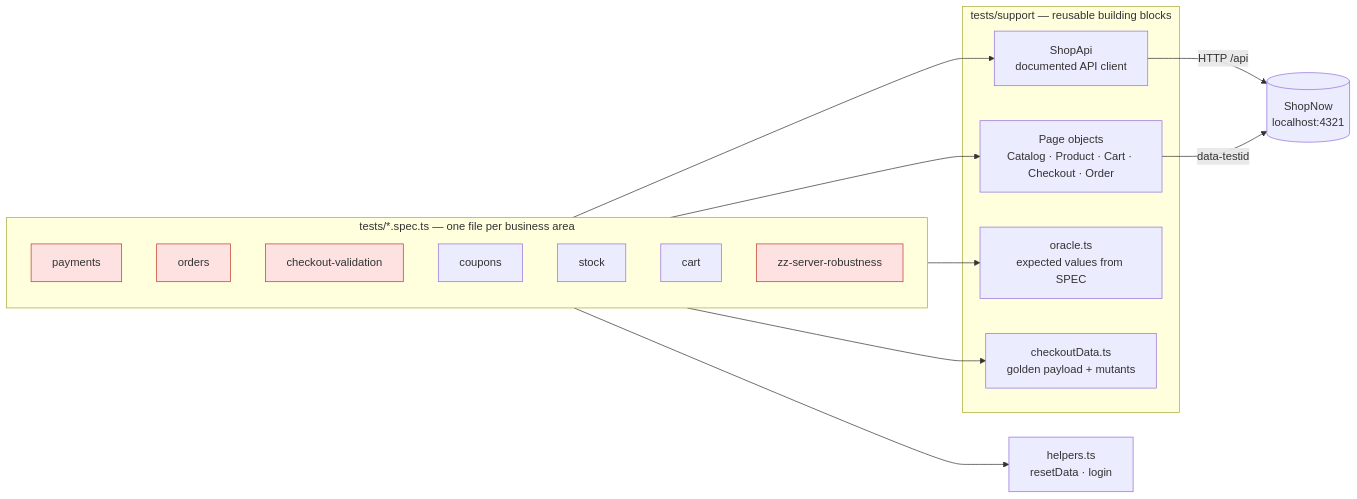
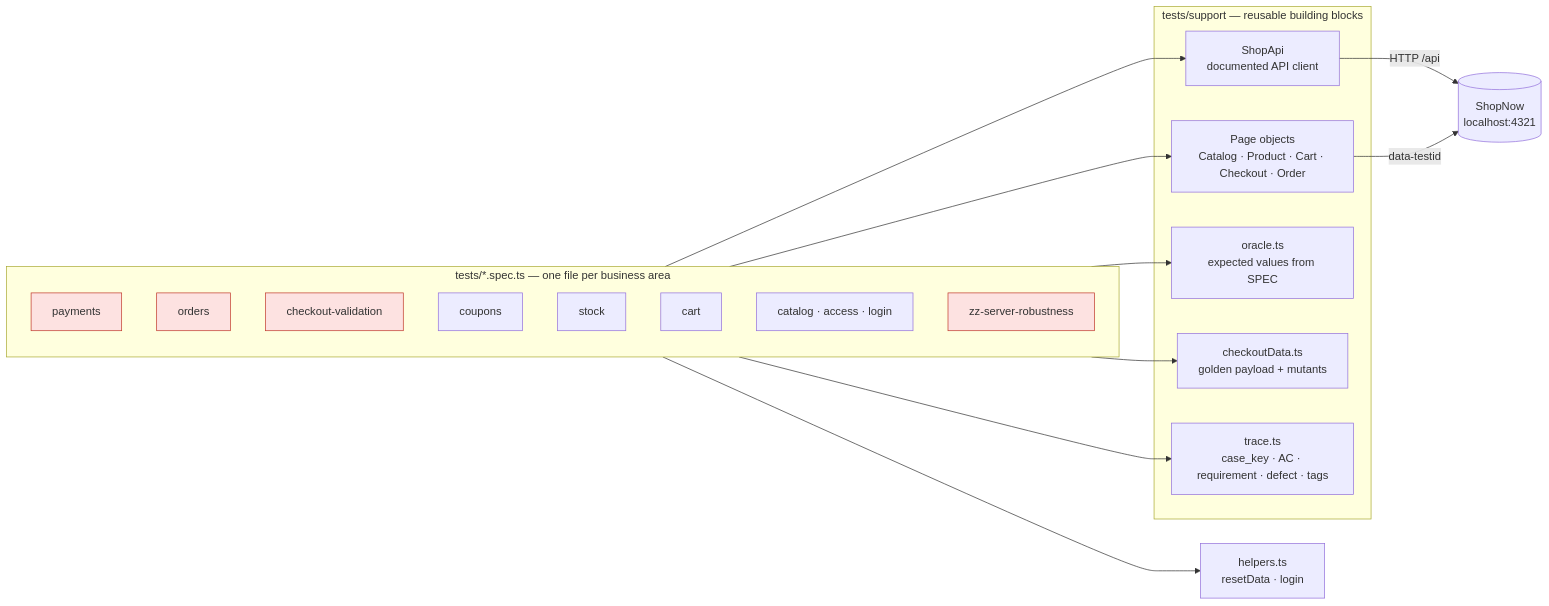
The first of 5 diagrams in TESTING.md (criguex/shopnow-qa-challenge), drawn with Mermaid before and after one commit. The commit also changed other lines of this file and 2 other files, not shown here.

````diff
--- a/TESTING.md
+++ b/TESTING.md
@@ -28,23 +36,25 @@
 ```mermaid
 flowchart LR
   subgraph specs["tests/*.spec.ts — one file per business area"]
     P[payments]:::crit
     O[orders]:::crit
     V[checkout-validation]:::crit
     C[coupons]
     S[stock]
     K[cart]
+    CA[catalog · access · login]
     Z[zz-server-robustness]:::crit
   end
   subgraph support["tests/support — reusable building blocks"]
     API[ShopApi<br/>documented API client]
     PO[Page objects<br/>Catalog · Product · Cart · Checkout · Order]
     OR[oracle.ts<br/>expected values from SPEC]
     DATA[checkoutData.ts<br/>golden payload + mutants]
+    TR[trace.ts<br/>case_key · AC · requirement · defect · tags]
   end
   H[helpers.ts<br/>resetData · login]
-  specs --> API & PO & OR & DATA & H
+  specs --> API & PO & OR & DATA & TR & H
   API -->|HTTP /api| APP[(ShopNow<br/>localhost:4321)]
   PO -->|data-testid| APP
   classDef crit fill:#fde2e1,stroke:#c0392b;
 ```
````
